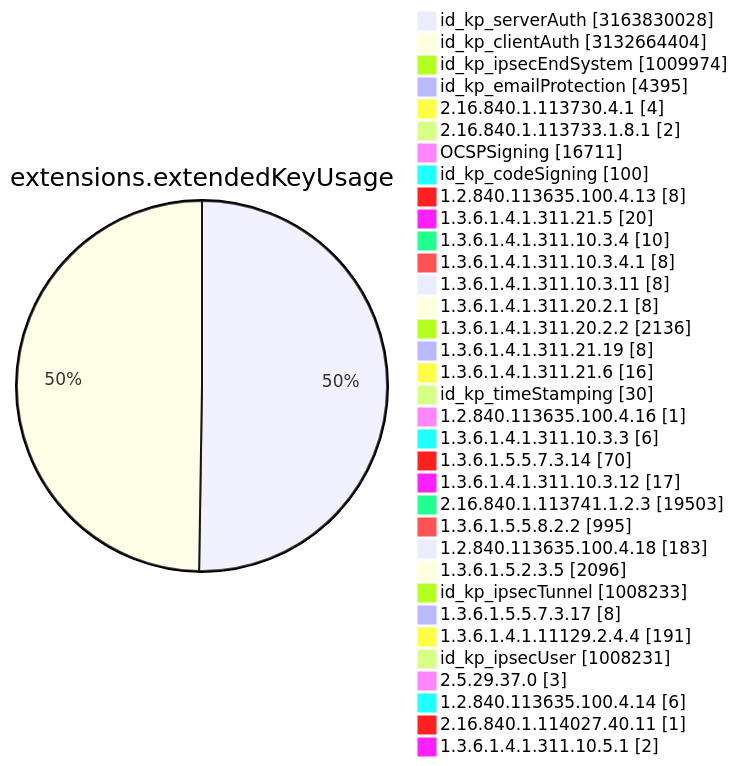
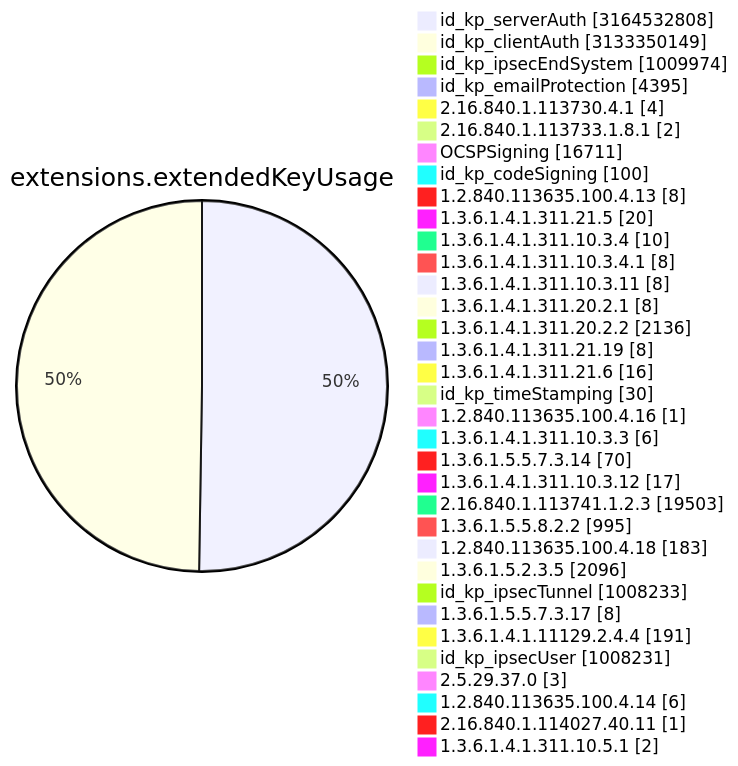
Before and after one commit to christiankrug/ctmonitor_visualization: diagram 11 of 15 in TOTAL/README.md, drawn with Mermaid. The commit also changed other lines of this file, not shown here.

````diff
--- a/TOTAL/README.md
+++ b/TOTAL/README.md
@@ -4119,38 +4119,38 @@
 ```mermaid
 pie showData
 title extensions.extendedKeyUsage
-"id_kp_serverAuth" :3163830028
-"id_kp_clientAuth" :3132664404
+"id_kp_serverAuth" :3164532808
+"id_kp_clientAuth" :3133350149
 "id_kp_ipsecEndSystem" :1009974
 "id_kp_emailProtection" :4395
 "2.16.840.1.113730.4.1" :4
 "2.16.840.1.113733.1.8.1" :2
 "OCSPSigning" :16711
 "id_kp_codeSigning" :100
 "1.2.840.113635.100.4.13" :8
 "1.3.6.1.4.1.311.21.5" :20
 "1.3.6.1.4.1.311.10.3.4" :10
 "1.3.6.1.4.1.311.10.3.4.1" :8
 "1.3.6.1.4.1.311.10.3.11" :8
 "1.3.6.1.4.1.311.20.2.1" :8
 "1.3.6.1.4.1.311.20.2.2" :2136
 "1.3.6.1.4.1.311.21.19" :8
 "1.3.6.1.4.1.311.21.6" :16
 "id_kp_timeStamping" :30
 "1.2.840.113635.100.4.16" :1
 "1.3.6.1.4.1.311.10.3.3" :6
 "1.3.6.1.5.5.7.3.14" :70
 "1.3.6.1.4.1.311.10.3.12" :17
 "2.16.840.1.113741.1.2.3" :19503
 "1.3.6.1.5.5.8.2.2" :995
 "1.2.840.113635.100.4.18" :183
 "1.3.6.1.5.2.3.5" :2096
 "id_kp_ipsecTunnel" :1008233
 "1.3.6.1.5.5.7.3.17" :8
 "1.3.6.1.4.1.11129.2.4.4" :191
 "id_kp_ipsecUser" :1008231
 "2.5.29.37.0" :3
 "1.2.840.113635.100.4.14" :6
 "2.16.840.1.114027.40.11" :1
 "1.3.6.1.4.1.311.10.5.1" :2
 ```
````
